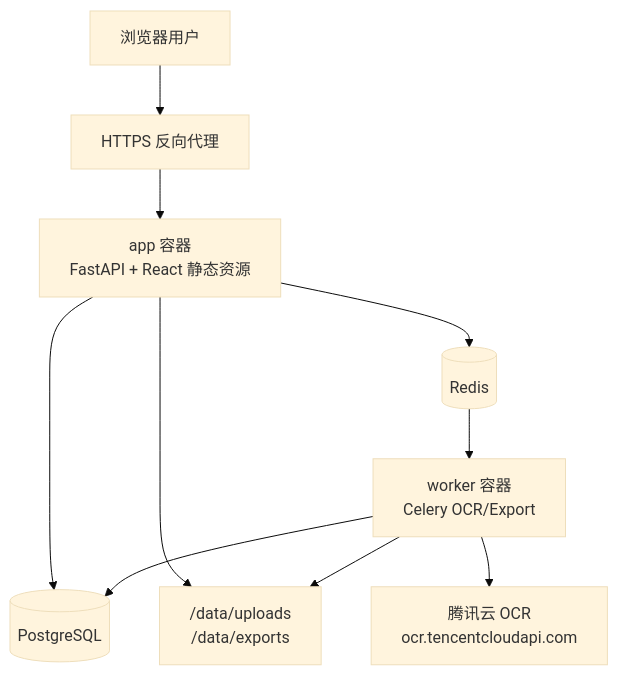
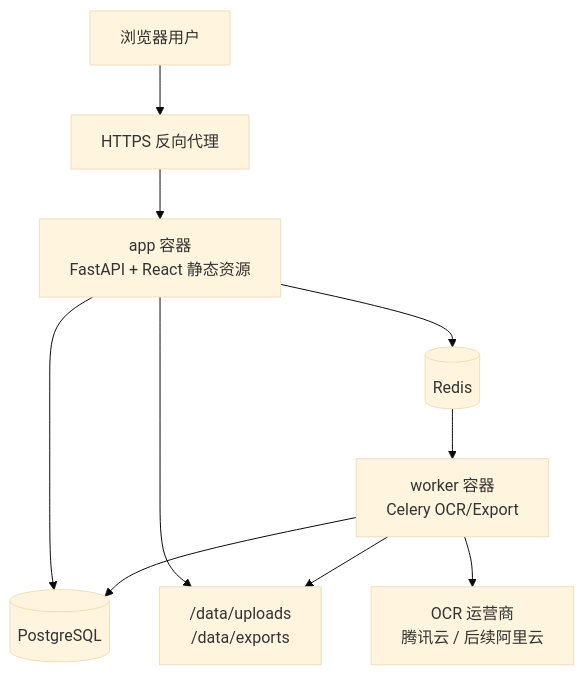
Before and after one commit to suyh1/invoice-manage: the second of 3 diagrams in docs/design/01-overall-design.md, drawn with Mermaid (base theme). The commit also changed other lines of this file and 7 other files, not shown here.

````diff
--- a/docs/design/01-overall-design.md
+++ b/docs/design/01-overall-design.md
@@ -177,12 +195,12 @@
 ```mermaid
 flowchart TB
   U["浏览器用户"] --> RP["HTTPS 反向代理"]
   RP --> APP["app 容器<br/>FastAPI + React 静态资源"]
   APP --> DB[("PostgreSQL")]
   APP --> FS["/data/uploads<br/>/data/exports"]
   APP --> R[("Redis")]
   R --> W["worker 容器<br/>Celery OCR/Export"]
   W --> DB
   W --> FS
-  W --> TC["腾讯云 OCR<br/>ocr.tencentcloudapi.com"]
+  W --> OCR["OCR 运营商<br/>腾讯云 / 后续阿里云"]
 ```
````
